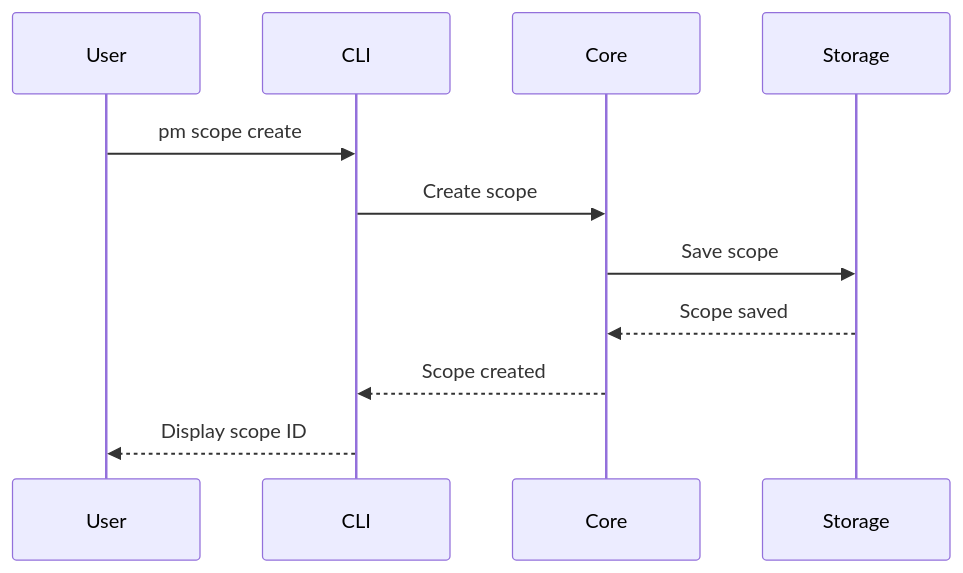
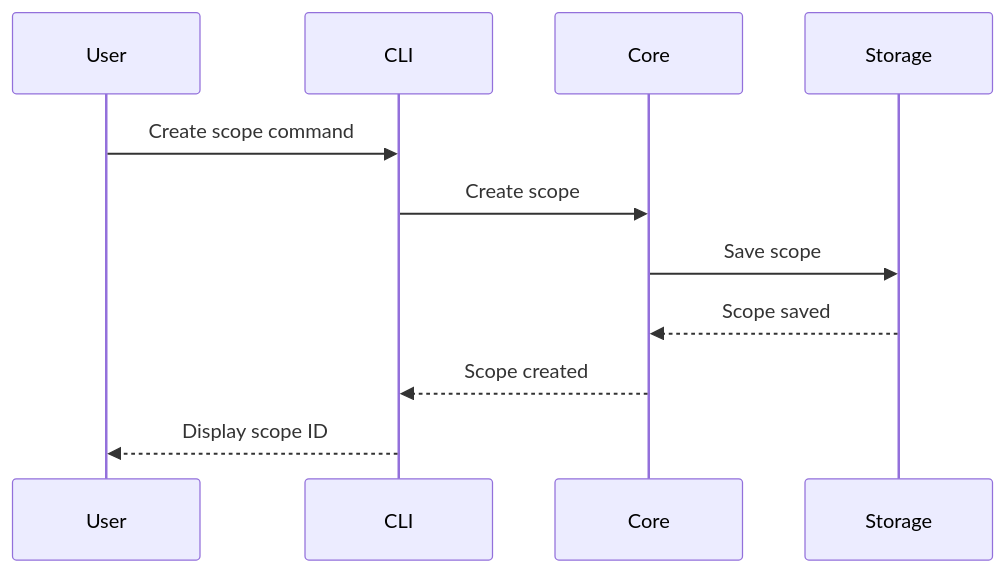
Before and after one commit to kamiazya/scopes: the third of 3 diagrams in docs/explanation/adr/0004-diagrams-first-documentation.md, drawn with Mermaid. The commit also changed 8 other files, not shown here.

````diff
--- a/docs/explanation/adr/0004-diagrams-first-documentation.md
+++ b/docs/explanation/adr/0004-diagrams-first-documentation.md
@@ -126,14 +126,14 @@
 ```mermaid
 sequenceDiagram
     participant User
     participant CLI
     participant Core
     participant Storage
 
-    User->>CLI: pm scope create
+    User->>CLI: Create scope command
     CLI->>Core: Create scope
     Core->>Storage: Save scope
     Storage-->>Core: Scope saved
     Core-->>CLI: Scope created
     CLI-->>User: Display scope ID
 ```
````
